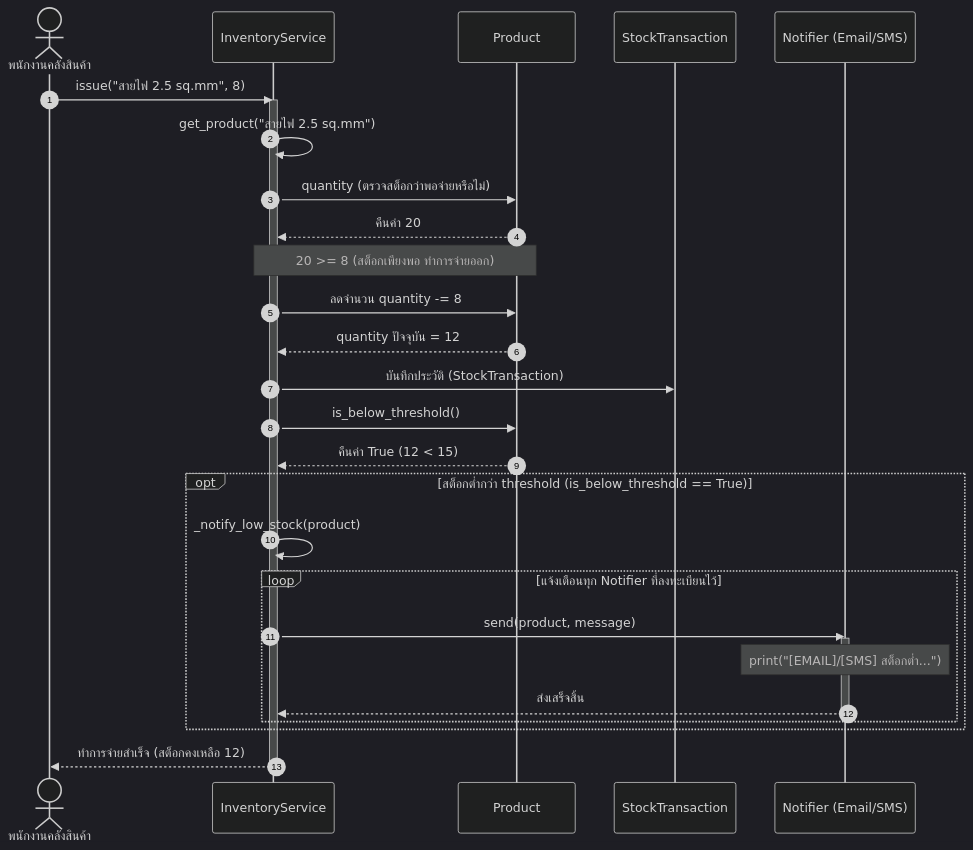
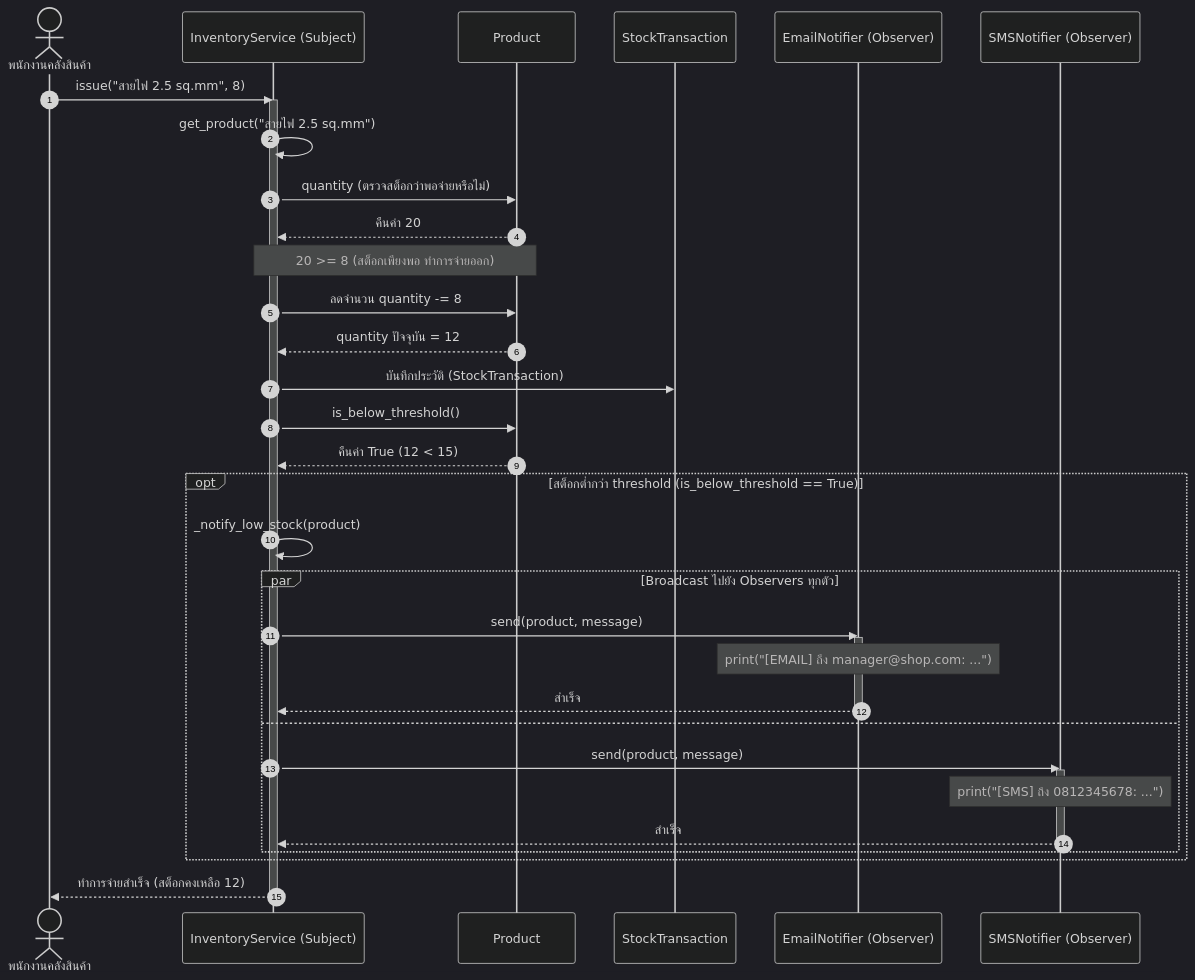
One commit to thanapatle-rmuti/team-08-inventory changed the diagram in diagrams/sequence.md. Above: the diagram before and after it, drawn with Mermaid (dark theme). The commit also changed other lines of this file and 6 other files, not shown here.

````diff
--- a/diagrams/sequence.md
+++ b/diagrams/sequence.md
@@ -5,40 +5,48 @@
 ```mermaid
 sequenceDiagram
     autonumber
     actor Staff as พนักงานคลังสินค้า
-    participant Service as InventoryService
+    participant Service as InventoryService (Subject)
     participant Product as Product
     participant Trans as StockTransaction
-    participant Notifier as Notifier (Email/SMS)
+    participant Email as EmailNotifier (Observer)
+    participant SMS as SMSNotifier (Observer)
 
     Staff->>Service: issue("สายไฟ 2.5 sq.mm", 8)
     activate Service
 
     Service->>Service: get_product("สายไฟ 2.5 sq.mm")
     Service->>Product: quantity (ตรวจสต็อกว่าพอจ่ายหรือไม่)
     Product-->>Service: คืนค่า 20
 
     Note over Service,Product: 20 >= 8 (สต็อกเพียงพอ ทำการจ่ายออก)
 
     Service->>Product: ลดจำนวน quantity -= 8
     Product-->>Service: quantity ปัจจุบัน = 12
 
     Service->>Trans: บันทึกประวัติ (StockTransaction)
 
     Service->>Product: is_below_threshold()
     Product-->>Service: คืนค่า True (12 < 15)
 
     opt สต็อกต่ำกว่า threshold (is_below_threshold == True)
         Service->>Service: _notify_low_stock(product)
-        loop แจ้งเตือนทุก Notifier ที่ลงทะเบียนไว้
-            Service->>Notifier: send(product, message)
-            activate Notifier
-            Note over Notifier: print("[EMAIL]/[SMS] สต็อกต่ำ...")
-            Notifier-->>Service: ส่งเสร็จสิ้น
-            deactivate Notifier
+        
+        par Broadcast ไปยัง Observers ทุกตัว
+            Service->>Email: send(product, message)
+            activate Email
+            Note over Email: print("[EMAIL] ถึง manager@shop.com: ...")
+            Email-->>Service: สำเร็จ
+            deactivate Email
+        and
+            Service->>SMS: send(product, message)
+            activate SMS
+            Note over SMS: print("[SMS] ถึง 0812345678: ...")
+            SMS-->>Service: สำเร็จ
+            deactivate SMS
         end
     end
 
     Service-->>Staff: ทำการจ่ายสำเร็จ (สต็อกคงเหลือ 12)
     deactivate Service
 ```
````
